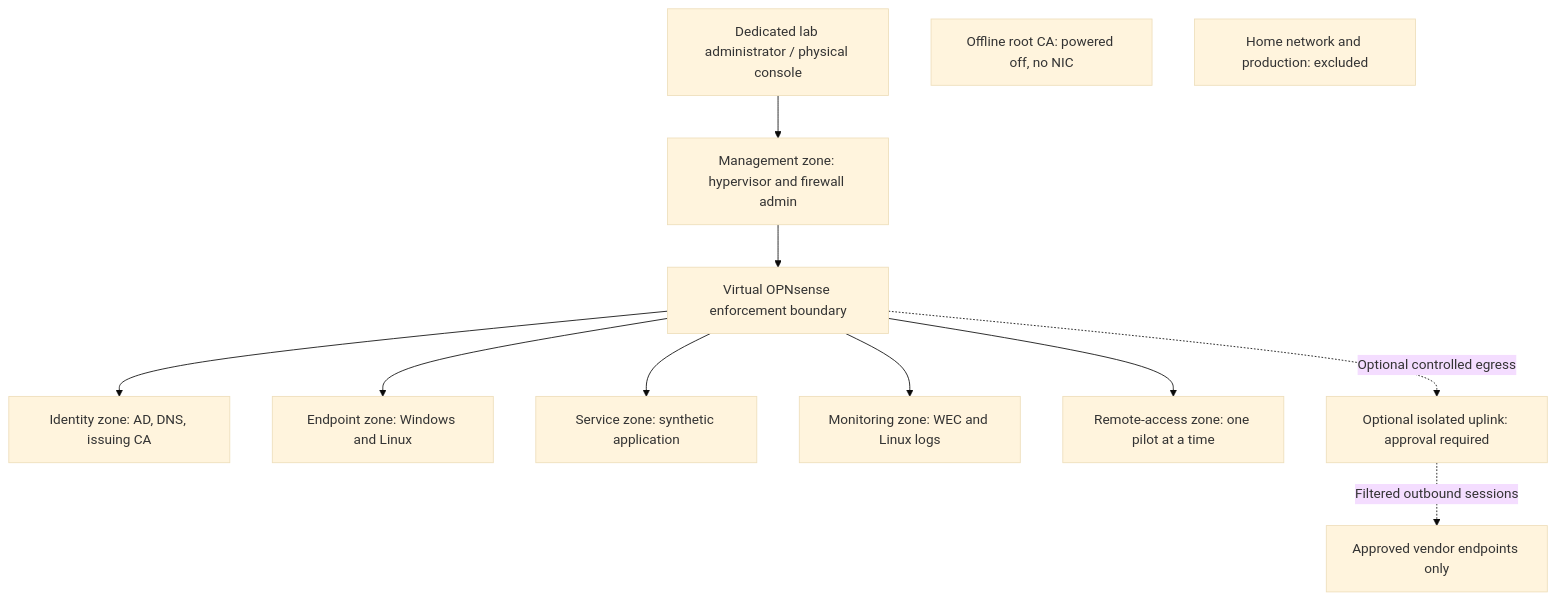
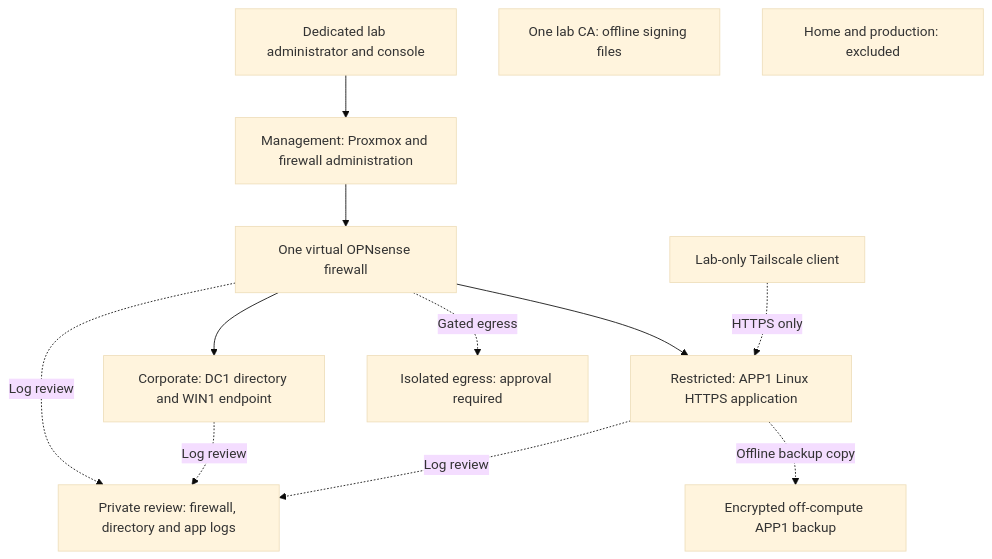
Before and after one commit to waqashamdani-ca/Enterprise-Zero-Trust-Security: the diagram in docs/architecture/ARCHITECTURE.md, drawn with Mermaid (base theme). The commit also changed other lines of this file and 36 other files, not shown here.

````diff
--- a/docs/architecture/ARCHITECTURE.md
+++ b/docs/architecture/ARCHITECTURE.md
@@ -13,24 +9,24 @@
 ```mermaid
 flowchart TB
-    Admin[Dedicated lab administrator / physical console]
-    Mgmt[Management zone: hypervisor and firewall admin]
-    FW[Virtual OPNsense enforcement boundary]
-    ID[Identity zone: AD, DNS, issuing CA]
-    USR[Endpoint zone: Windows and Linux]
-    APP[Service zone: synthetic application]
-    LOG[Monitoring zone: WEC and Linux logs]
-    RA[Remote-access zone: one pilot at a time]
-    ROOT[Offline root CA: powered off, no NIC]
-    WAN[Optional isolated uplink: approval required]
-    EXT[Approved vendor endpoints only]
-    HOME[Home network and production: excluded]
+    Admin[Dedicated lab administrator and console]
+    Mgmt[Management: Proxmox and firewall administration]
+    FW[One virtual OPNsense firewall]
+    Corp[Corporate: DC1 directory and WIN1 endpoint]
+    App[Restricted: APP1 Linux HTTPS application]
+    Remote[Lab-only Tailscale client]
+    Logs[Private review: firewall, directory and app logs]
+    Backup[Encrypted off-compute APP1 backup]
+    CA[One lab CA: offline signing files]
+    WAN[Isolated egress: approval required]
+    HOME[Home and production: excluded]
     Admin --> Mgmt
     Mgmt --> FW
-    FW --> ID
-    FW --> USR
-    FW --> APP
-    FW --> LOG
-    FW --> RA
-    FW -. Optional controlled egress .-> WAN
-    WAN -. Filtered outbound sessions .-> EXT
+    FW --> Corp
+    FW --> App
+    Remote -. HTTPS only .-> App
+    FW -. Log review .-> Logs
+    Corp -. Log review .-> Logs
+    App -. Log review .-> Logs
+    App -. Offline backup copy .-> Backup
+    FW -. Gated egress .-> WAN
 ```
````
